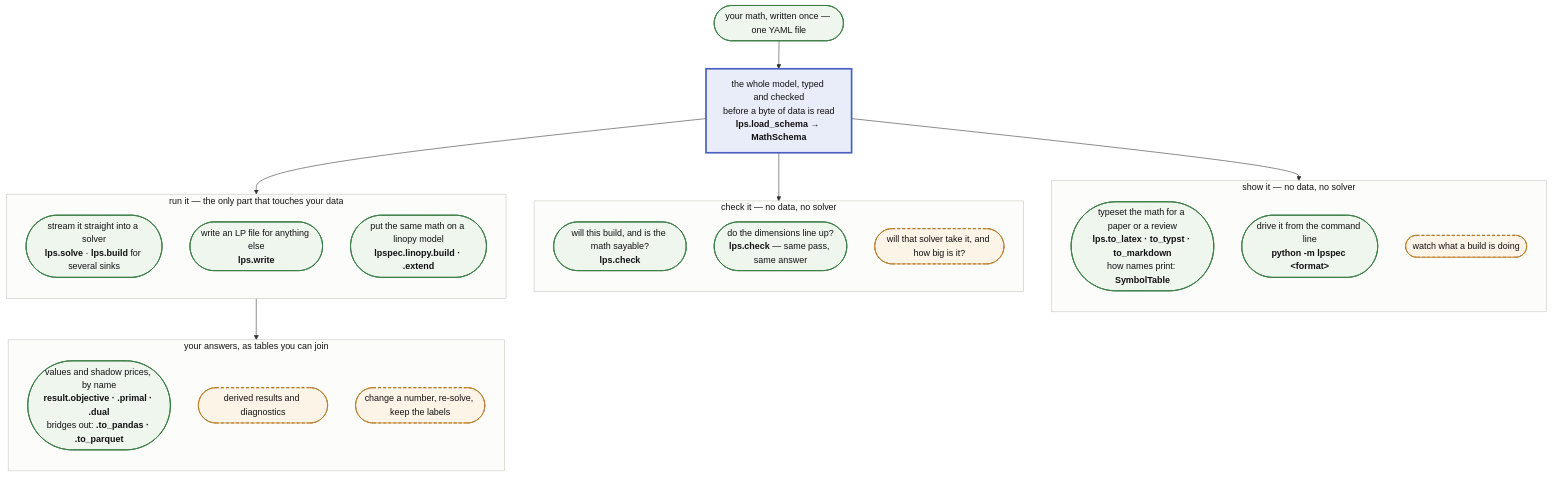
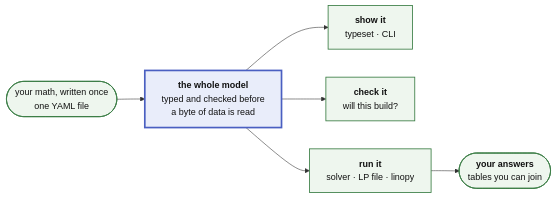
Before and after one commit to FBumann/farkas: the second of 2 diagrams in docs/ARCHITECTURE.md, drawn with Mermaid. The commit also changed other lines of this file, not shown here.

Commit message:
docs(architecture): the consumers diagram carries the shape, not the list
Three subgraphs of three unconnected nodes each: mermaid laid them out nine
boxes wide, and the leaves duplicated the table directly below them.

A diagram should carry what is actually shaped — the waist and the fan-out —
so it is now five boxes on one line, and the twelve leaves fold into the
Python-surface table as rows. That table gains a "you want to" column and the
planned entries the dashed boxes used to hold, so solid-vs-dashed becomes an
italic row rather than a line style a caption has to explain.

````diff
--- a/docs/ARCHITECTURE.md
+++ b/docs/ARCHITECTURE.md
@@ -109,51 +109,13 @@
 ```mermaid
-flowchart TB
-    Y(["your math, written once — one YAML file"])
-
-    Y --> AST
-
-    AST["the whole model, typed and checked<br/>before a byte of data is read<br/><b>lps.load_schema → MathSchema</b>"]
-
-    AST --> SHOW
-    AST --> CHECK
-    AST --> RUN
-
-    subgraph SHOW["show it — no data, no solver"]
-        direction TB
-        S1(["typeset the math for a paper or a review<br/><b>lps.to_latex · to_typst · to_markdown</b><br/>how names print: <b>SymbolTable</b>"])
-        S2(["drive it from the command line<br/><b>python -m lpspec &lt;format&gt;</b>"])
-        S3(["watch what a build is doing"])
-    end
-
-    subgraph CHECK["check it — no data, no solver"]
-        direction TB
-        C1(["will this build, and is the math sayable?<br/><b>lps.check</b>"])
-        C2(["do the dimensions line up?<br/><b>lps.check</b> — same pass, same answer"])
-        C3(["will that solver take it, and how big is it?"])
-    end
-
-    subgraph RUN["run it — the only part that touches your data"]
-        direction TB
-        R1(["stream it straight into a solver<br/><b>lps.solve</b> · <b>lps.build</b> for several sinks"])
-        R2(["write an LP file for anything else<br/><b>lps.write</b>"])
-        R3(["put the same math on a linopy model<br/><b>lpspec.linopy.build · .extend</b>"])
-    end
-
-    R1 --> ANS
-
-    subgraph ANS["your answers, as tables you can join"]
-        direction TB
-        A1(["values and shadow prices, by name<br/><b>result.objective · .primal · .dual</b><br/>bridges out: <b>.to_pandas · .to_parquet</b>"])
-        A2(["derived results and diagnostics"])
-        A3(["change a number, re-solve, keep the labels"])
-    end
-
+flowchart LR
+    Y(["your math, written once<br/>one YAML file"]) --> AST
+    AST["<b>the whole model</b><br/>typed and checked before<br/>a byte of data is read"]
+    AST --> SHOW["<b>show it</b><br/>typeset · CLI"]
+    AST --> CHECK["<b>check it</b><br/>will this build?"]
+    AST --> RUN["<b>run it</b><br/>solver · LP file · linopy"]
+    RUN --> ANS(["<b>your answers</b><br/>tables you can join"])
     classDef built fill:#eef6ee,stroke:#3a7d44,stroke-width:1.5px,color:#111
-    classDef plan fill:#fdf4e8,stroke:#b7791f,stroke-width:1.5px,stroke-dasharray:5 4,color:#111
     classDef waist fill:#e9edfa,stroke:#4a5fc1,stroke-width:3px,color:#111
-    classDef fam fill:#fcfcfb,stroke:#c9c5be,color:#111
-    class Y,R1,R2,R3,C1,C2,A1,S1,S2 built
-    class C3,S3,A2,A3 plan
+    class Y,SHOW,CHECK,RUN,ANS built
     class AST waist
-    class RUN,CHECK,SHOW,ANS fam
 ```
````
